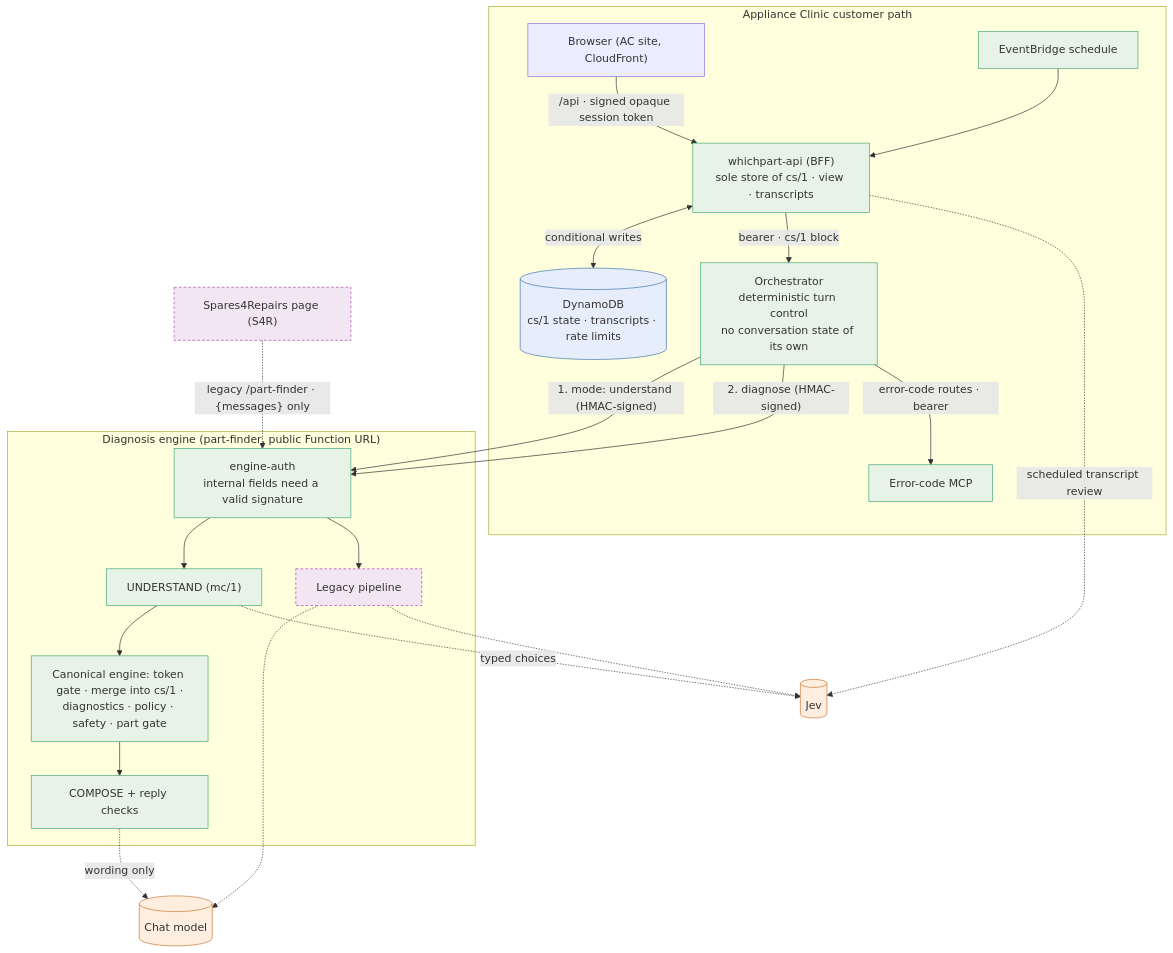
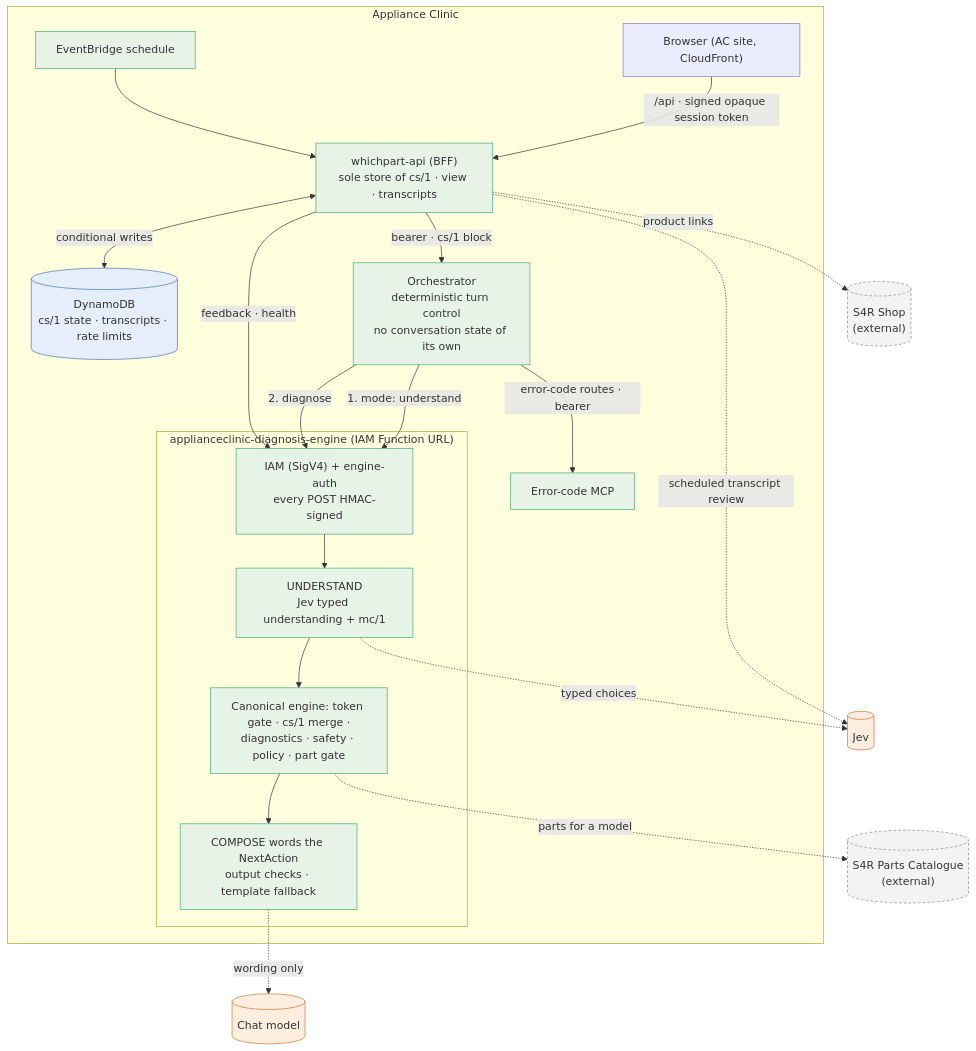
The diagram in docs/architecture/overview.md (timdodgson/appliance-clinic), drawn with Mermaid before and after one commit. The commit also changed other lines of this file and 489 other files, not shown here.

First line of the commit message:
Dedicated Appliance Clinic diagnosis engine (ADR 0019)

````diff
--- a/docs/architecture/overview.md
+++ b/docs/architecture/overview.md
@@ -14,32 +16,31 @@
 ```mermaid
 flowchart TB
-  subgraph ENG["Diagnosis engine (part-finder, public Function URL)"]
-    GATE["engine-auth<br/>internal fields need a valid signature"] --> U["UNDERSTAND (mc/1)"]
-    U --> C["Canonical engine: token gate · merge into cs/1 ·<br/>diagnostics · policy · safety · part gate"]
-    C --> P["COMPOSE + reply checks"]
-    GATE --> LEG["Legacy pipeline"]
-  end
-  subgraph AC["Appliance Clinic customer path"]
+  subgraph AC["Appliance Clinic"]
     B["Browser (AC site, CloudFront)"] -->|"/api · signed opaque session token"| W["whichpart-api (BFF)<br/>sole store of cs/1 · view · transcripts"]
     W <-->|"conditional writes"| D[("DynamoDB<br/>cs/1 state · transcripts · rate limits")]
     W -->|"bearer · cs/1 block"| O["Orchestrator<br/>deterministic turn control<br/>no conversation state of its own"]
-    O -->|"1. mode: understand (HMAC-signed)"| GATE
-    O -->|"2. diagnose (HMAC-signed)"| GATE
+    O -->|"1. mode: understand"| GATE
+    O -->|"2. diagnose"| GATE
     O -->|"error-code routes · bearer"| M["Error-code MCP"]
+    W -->|"feedback · health"| GATE
     T["EventBridge schedule"] --> W
+    subgraph ENG["applianceclinic-diagnosis-engine (IAM Function URL)"]
+      GATE["IAM (SigV4) + engine-auth<br/>every POST HMAC-signed"] --> U["UNDERSTAND<br/>Jev typed understanding + mc/1"]
+      U --> C["Canonical engine: token gate · cs/1 merge ·<br/>diagnostics · safety · policy · part gate"]
+      C --> P["COMPOSE words the NextAction<br/>output checks · template fallback"]
+    end
   end
   U -.->|"typed choices"| J[("Jev")]
   P -.->|"wording only"| L[("Chat model")]
-  LEG -.-> J
-  LEG -.-> L
   W -.->|"scheduled transcript review"| J
-  S["Spares4Repairs page (S4R)"] -.->|"legacy /part-finder · {messages} only"| GATE
+  C -.->|"parts for a model"| PC[("S4R Parts Catalogue<br/>(external)")]
+  W -.->|"product links"| SH[("S4R Shop<br/>(external)")]
   classDef det fill:#e8f3e8,stroke:#4a7;
   classDef model fill:#fdeee0,stroke:#c73;
   classDef state fill:#e6eefb,stroke:#47a;
-  classDef s4r fill:#f3e6f3,stroke:#a4a,stroke-dasharray: 4 3;
+  classDef ext fill:#f3f3f3,stroke:#888,stroke-dasharray: 4 3;
   class W,O,M,GATE,U,C,P,T det
   class J,L model
   class D state
-  class S,LEG s4r
+  class PC,SH ext
 ```
````
